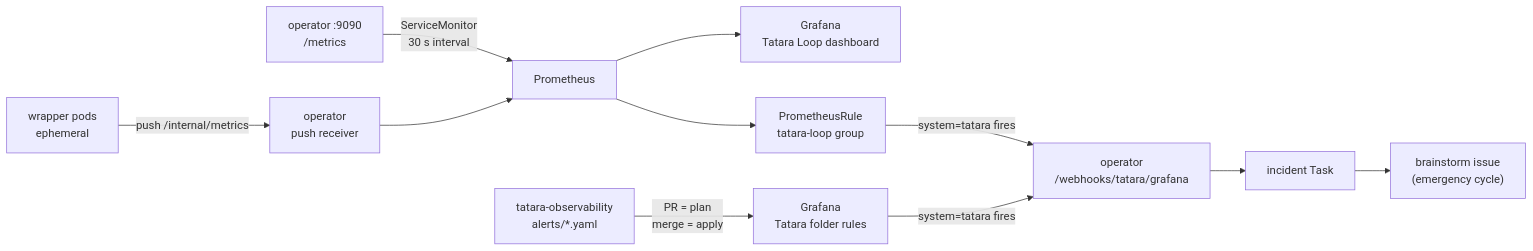
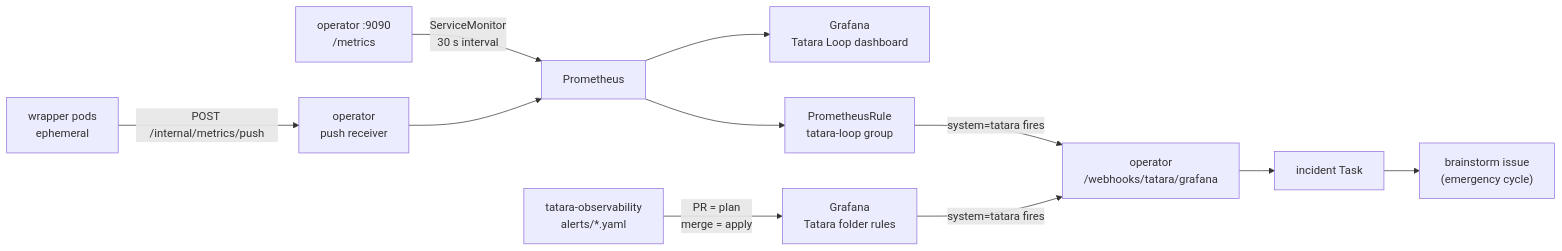
The diagram in docs/operations/observability.md (szymonrychu/tatara-documentation), drawn with Mermaid before and after one commit. The commit also changed other lines of this file and 44 other files, not shown here.

````diff
--- a/docs/operations/observability.md
+++ b/docs/operations/observability.md
@@ -15,13 +15,13 @@
 ```mermaid
 graph LR
     A["operator :9090\n/metrics"] -->|"ServiceMonitor\n30 s interval"| P[Prometheus]
-    W["wrapper pods\nephemeral"] -->|"push /internal/metrics"| PR["operator\npush receiver"]
+    W["wrapper pods\nephemeral"] -->|"POST /internal/metrics/push"| PR["operator\npush receiver"]
     PR --> P
     P --> D["Grafana\nTatara Loop dashboard"]
     P --> R["PrometheusRule\ntatara-loop group"]
     OA["tatara-observability\nalerts/*.yaml"] -->|"PR = plan\nmerge = apply"| GA["Grafana\nTatara folder rules"]
     R -->|"system=tatara fires"| WH["operator\n/webhooks/tatara/grafana"]
     GA -->|"system=tatara fires"| WH
     WH --> IT["incident Task"]
     IT --> IB["brainstorm issue\n(emergency cycle)"]
 ```
````
